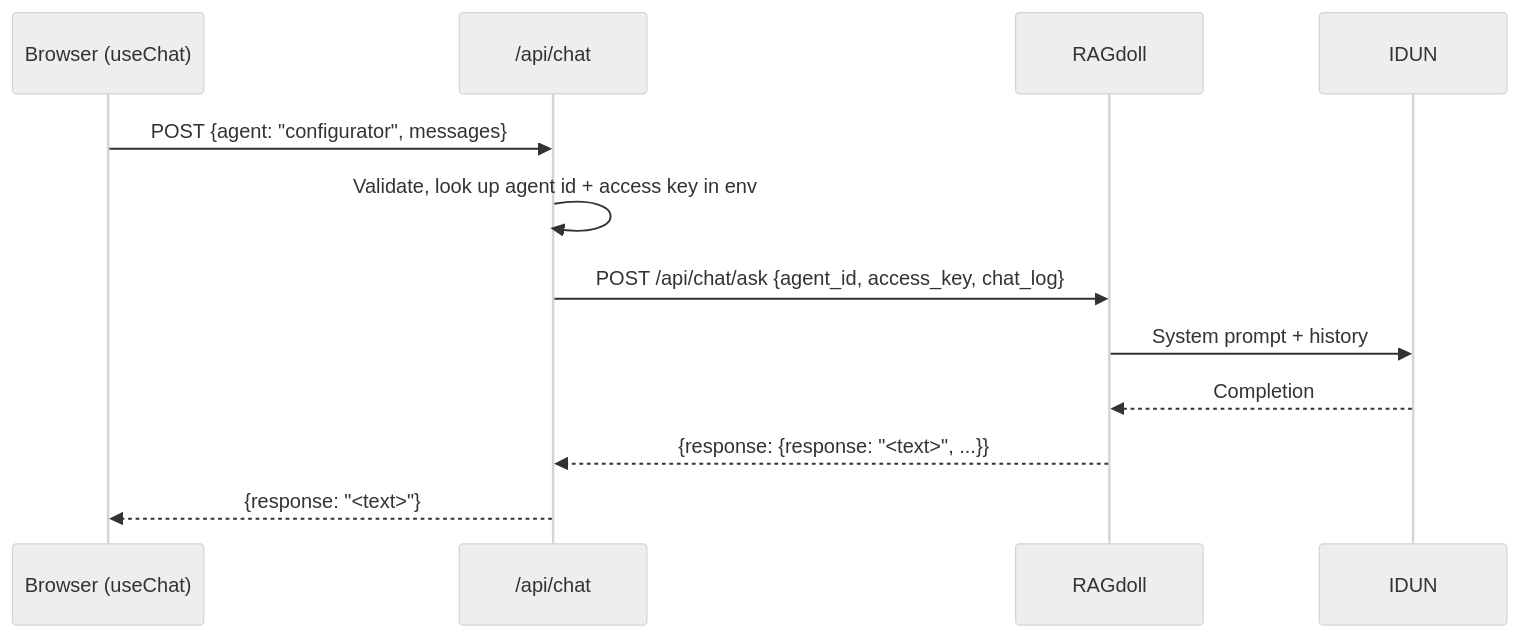
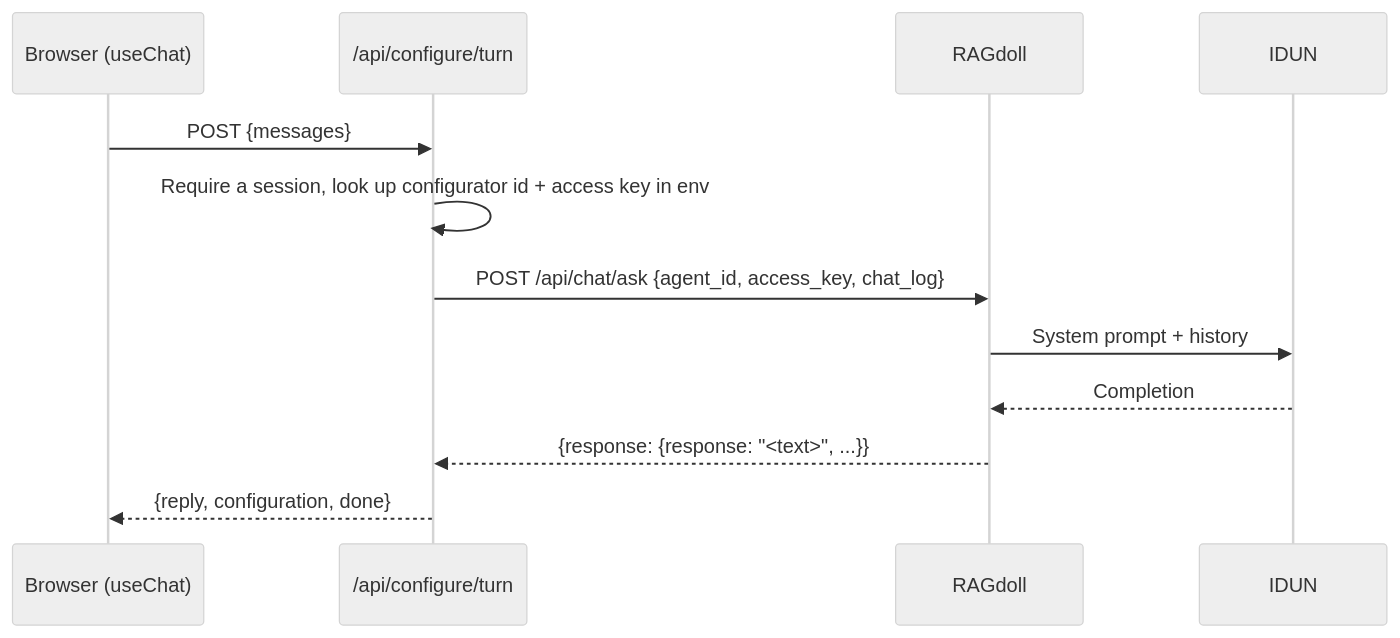
One commit to IMTEL/team-tdt4290-fall-2026 changed the fourth of 4 diagrams in docs/architecture.md. Above: the diagram before and after it, drawn with Mermaid (neutral theme). The commit also changed other lines of this file and 1 other file, not shown here.

````diff
--- a/docs/architecture.md
+++ b/docs/architecture.md
@@ -197,15 +194,15 @@
 ```mermaid
 sequenceDiagram
     participant B as Browser (useChat)
-    participant N as /api/chat
+    participant N as /api/configure/turn
     participant R as RAGdoll
     participant I as IDUN
 
-    B->>N: POST {agent: "configurator", messages}
-    N->>N: Validate, look up agent id + access key in env
+    B->>N: POST {messages}
+    N->>N: Require a session, look up configurator id + access key in env
     N->>R: POST /api/chat/ask {agent_id, access_key, chat_log}
     R->>I: System prompt + history
     I-->>R: Completion
     R-->>N: {response: {response: "<text>", ...}}
-    N-->>B: {response: "<text>"}
+    N-->>B: {reply, configuration, done}
 ```
````
